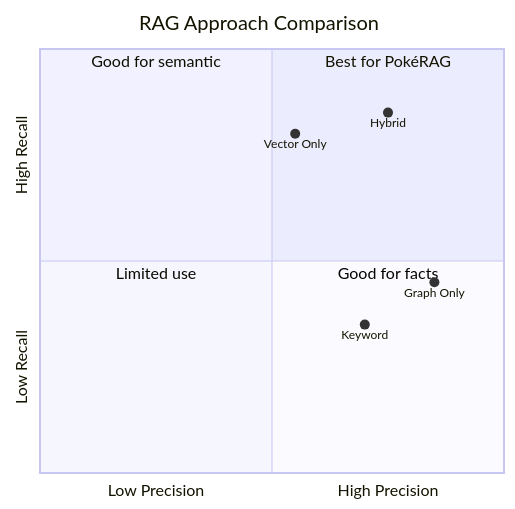
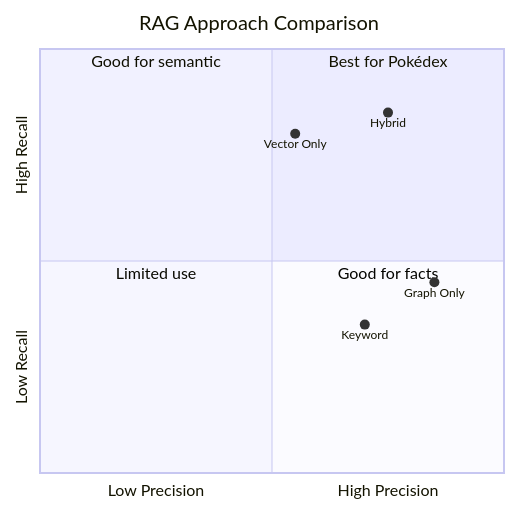
Before and after one commit to anirudhk-tech/Pokedex: the sixth of 8 diagrams in docs/ARCHITECTURE.md, drawn with Mermaid. The commit also changed other lines of this file and 10 other files, not shown here.

````diff
--- a/docs/ARCHITECTURE.md
+++ b/docs/ARCHITECTURE.md
@@ -516,15 +516,15 @@
 ```mermaid
 quadrantChart
     title RAG Approach Comparison
     x-axis Low Precision --> High Precision
     y-axis Low Recall --> High Recall
-    quadrant-1 Best for PokéRAG
+    quadrant-1 Best for Pokédex
     quadrant-2 Good for semantic
     quadrant-3 Limited use
     quadrant-4 Good for facts
     
     "Graph Only": [0.85, 0.45]
     "Vector Only": [0.55, 0.80]
     "Hybrid": [0.75, 0.85]
     "Keyword": [0.70, 0.35]
 ```
````
